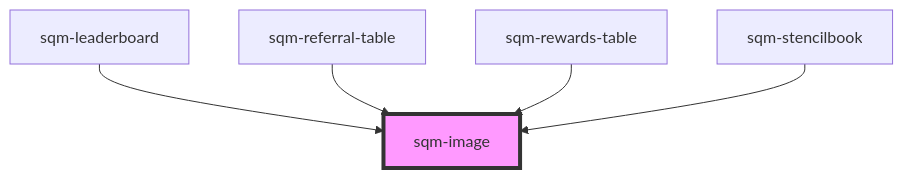
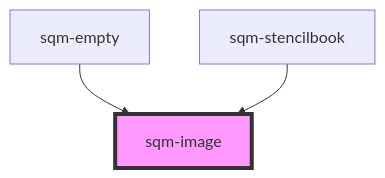
One commit to saasquatch/program-tools changed the diagram in packages/mint-components/src/components/sqm-image/readme.md. Above: the diagram before and after it, drawn with Mermaid. The commit also changed other lines of this file and 33 other files, not shown here.

````diff
--- a/packages/mint-components/src/components/sqm-image/readme.md
+++ b/packages/mint-components/src/components/sqm-image/readme.md
@@ -31,8 +26,6 @@
 ```mermaid
 graph TD;
-  sqm-leaderboard --> sqm-image
-  sqm-referral-table --> sqm-image
-  sqm-rewards-table --> sqm-image
+  sqm-empty --> sqm-image
   sqm-stencilbook --> sqm-image
   style sqm-image fill:#f9f,stroke:#333,stroke-width:4px
 ```
````
